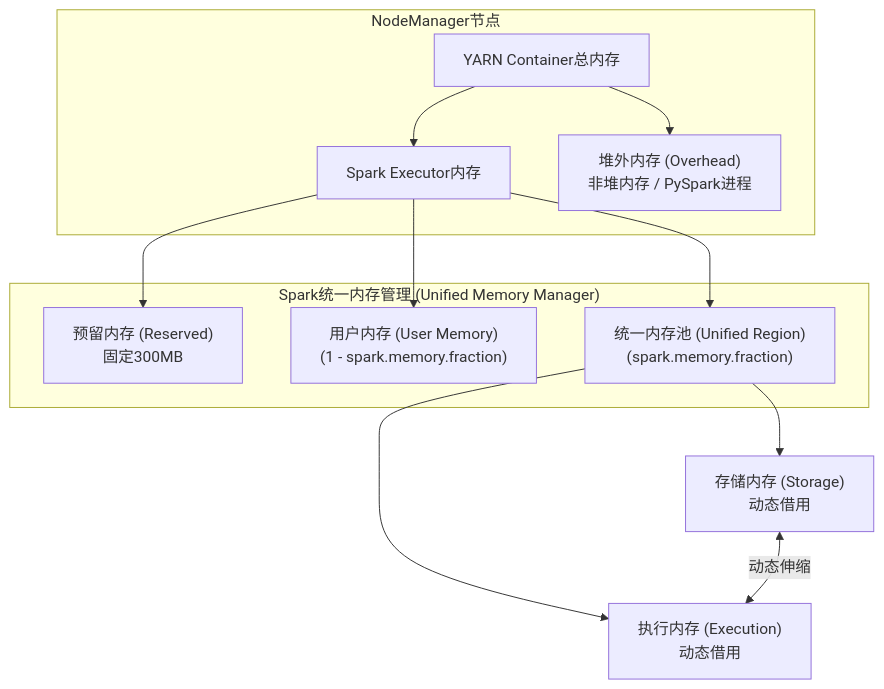
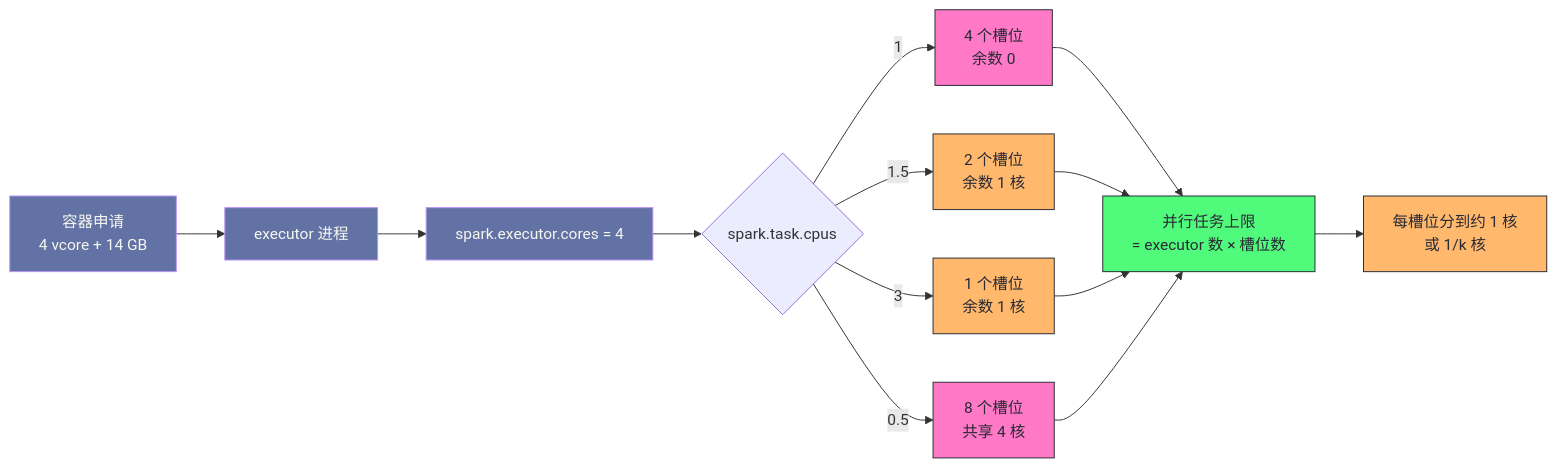
The second of 5 diagrams in content/大数据/Spark/读书笔记-spark内核/06_性能调优实战/3. Spark集群资源分配与并行度调优.md (hpliStartAgain/my-brain), drawn with Mermaid before and after one commit. The commit also changed other lines of this file and 259 other files, not shown here.

````diff
--- a/content/大数据/Spark/读书笔记-spark内核/06_性能调优实战/3. Spark集群资源分配与并行度调优.md
+++ b/content/大数据/Spark/读书笔记-spark内核/06_性能调优实战/3. Spark集群资源分配与并行度调优.md
@@ -23,22 +163,24 @@
 ```mermaid
-flowchart TD
-    subgraph "NodeManager节点"
-        A["YARN Container总内存"]
-        B["Spark Executor内存"]
-        C["堆外内存 (Overhead)<br>非堆内存 / PySpark进程"]
-    end
-    
-    A --> B
-    A --> C
-    
-    subgraph "Spark统一内存管理 (Unified Memory Manager)"
-        B --> D["预留内存 (Reserved)<br>固定300MB"]
-        B --> E["用户内存 (User Memory)<br>(1 - spark.memory.fraction)"]
-        B --> F["统一内存池 (Unified Region)<br>(spark.memory.fraction)"]
-    end
-    
-    F --> G["存储内存 (Storage)<br>动态借用"]
-    F --> H["执行内存 (Execution)<br>动态借用"]
-    
-    G <-->|动态伸缩| H
+%%{init: {'theme': 'dracula'}}%%
+flowchart LR
+    A["容器申请<br/>4 vcore + 14 GB"] --> B["executor 进程"]
+    B --> C["spark.executor.cores = 4"]
+    C --> D{"spark.task.cpus"}
+    D -- "1" --> E["4 个槽位<br/>余数 0"]
+    D -- "1.5" --> F["2 个槽位<br/>余数 1 核"]
+    D -- "3" --> G["1 个槽位<br/>余数 1 核"]
+    D -- "0.5" --> H["8 个槽位<br/>共享 4 核"]
+    E --> I["并行任务上限<br/>= executor 数 × 槽位数"]
+    F --> I
+    G --> I
+    H --> I
+    I --> J["每槽位分到约 1 核<br/>或 1/k 核"]
+    classDef cfg fill:#6272a4,stroke:#bd93f9,color:#f8f8f2
+    classDef slot fill:#ff79c6,stroke:#282a36,color:#282a36
+    classDef out fill:#50fa7b,stroke:#282a36,color:#282a36
+    classDef warn fill:#ffb86c,stroke:#282a36,color:#282a36
+    class A,B,C cfg
+    class E,H slot
+    class F,G,J warn
+    class I out
 ```
````
